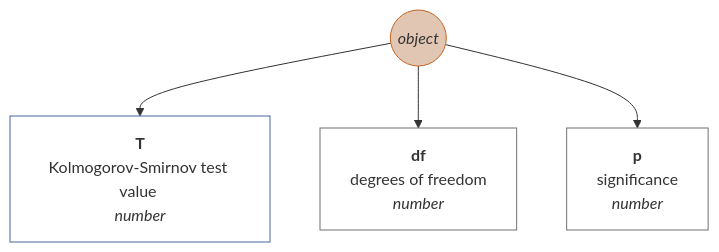
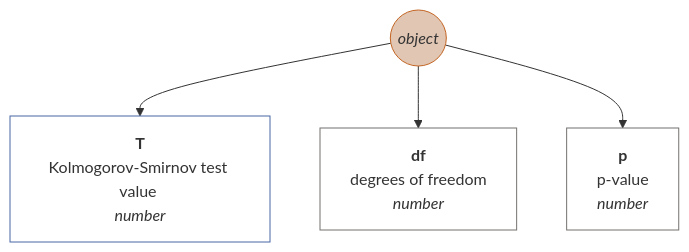
Diagram 24 of 38 in docs/en-GB.md (muzikp/retusa), drawn with Mermaid before and after one commit. The commit also changed other lines of this file and 8 other files, not shown here.

````diff
--- a/docs/en-GB.md
+++ b/docs/en-GB.md
@@ -788,16 +788,16 @@
 ```mermaid
 graph TD
 kstest((<i>object</i>))
 style kstest fill:#E1C6B3;
 style kstest stroke:#C36422;
 kstest --> T[<b>T</b><br>Kolmogorov-Smirnov test value <br><i>number</i>]
 style T fill:#FFFFFF;
 style T stroke:#4967A4;
 kstest --> df[<b>df</b><br>degrees of freedom <br><i>number</i>]
 style df fill:#FFFFFF;
 style df stroke:#75716F;
-kstest --> p[<b>p</b><br>significance <br><i>number</i>]
+kstest --> p[<b>p</b><br>p-value <br><i>number</i>]
 style p fill:#FFFFFF;
 style p stroke:#75716F;
 
 ```
````
